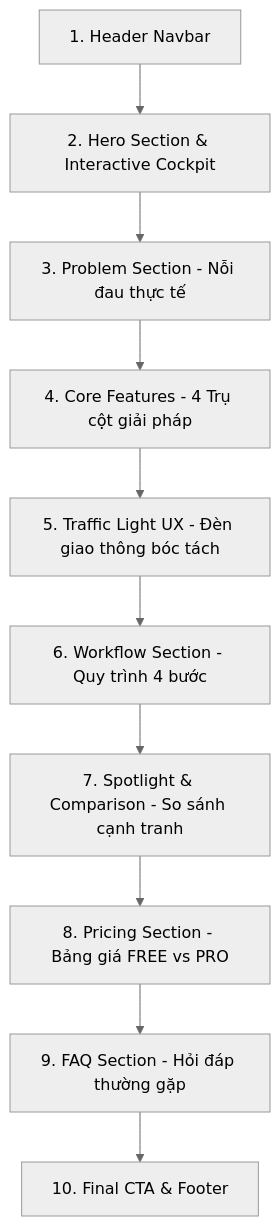
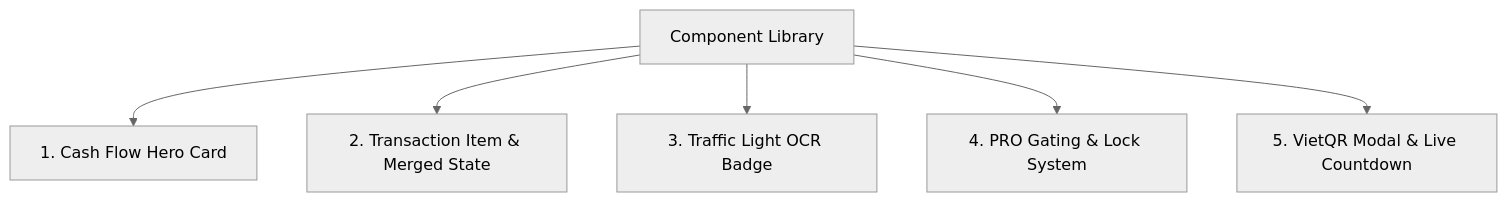
The second of 4 diagrams in design.md (quochuy130725/Vikeso-Cash-Flow-Assistant-app), drawn with Mermaid (neutral theme) before and after one commit. The commit also changed other lines of this file and 55 other files, not shown here.

````diff
--- a/design.md
+++ b/design.md
@@ -67,12 +79,8 @@
 ```mermaid
 graph TD
-    A[1. Header Navbar] --> B[2. Hero Section & Interactive Cockpit]
-    B --> C[3. Problem Section - Nỗi đau thực tế]
-    C --> D[4. Core Features - 4 Trụ cột giải pháp]
-    D --> E[5. Traffic Light UX - Đèn giao thông bóc tách]
-    E --> F[6. Workflow Section - Quy trình 4 bước]
-    F --> G[7. Spotlight & Comparison - So sánh cạnh tranh]
-    G --> H[8. Pricing Section - Bảng giá FREE vs PRO]
-    H --> I[9. FAQ Section - Hỏi đáp thường gặp]
-    I --> K[10. Final CTA & Footer]
+    A[Component Library] --> B[1. Cash Flow Hero Card]
+    A --> C[2. Transaction Item & Merged State]
+    A --> D[3. Traffic Light OCR Badge]
+    A --> E[4. PRO Gating & Lock System]
+    A --> F[5. VietQR Modal & Live Countdown]
 ```
````
